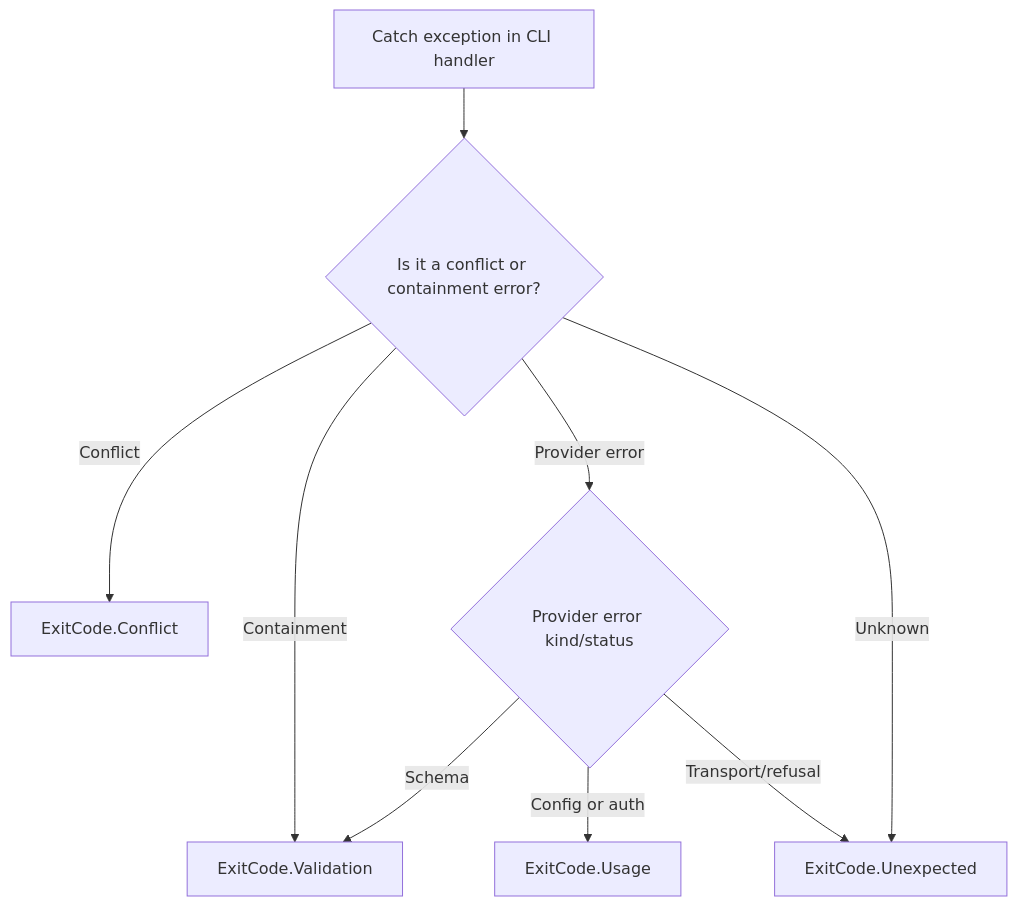
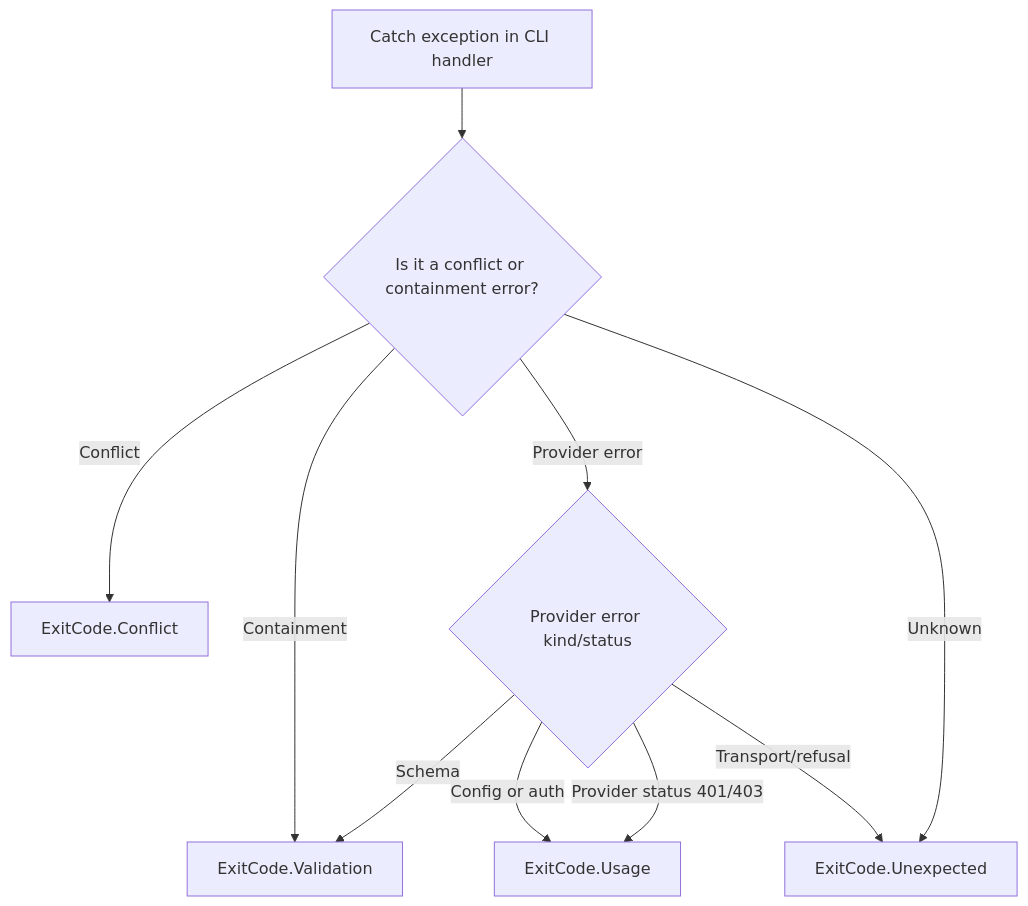
One commit to Kuldeep2822k/palee-architecture changed the ninth of 10 diagrams in Architecture Overview/Layered Architecture Design.md. Above: the diagram before and after it, drawn with Mermaid. The commit also changed other lines of this file and 6 other files, not shown here.

Commit message:
docs(overview): fix layering rule, flowchart edges and atomic-write order

````diff
--- a/Architecture Overview/Layered Architecture Design.md
+++ b/Architecture Overview/Layered Architecture Design.md
@@ -316,11 +316,12 @@
 ```mermaid
 flowchart TD
     Catch["Catch exception in CLI handler"] --> Classify{"Is it a conflict or containment error?"}
     Classify -->|Conflict| ExitConflict["ExitCode.Conflict"]
     Classify -->|Containment| ExitValidation["ExitCode.Validation"]
     Classify -->|Provider error| ProviderCheck{"Provider error kind/status"}
     ProviderCheck -->|Config or auth| ExitUsage["ExitCode.Usage"]
     ProviderCheck -->|Schema| ExitValidation
+    ProviderCheck -->|Provider status 401/403| ExitUsage
     ProviderCheck -->|Transport/refusal| ExitUnexpected["ExitCode.Unexpected"]
     Classify -->|Unknown| ExitUnexpected
 ```
````
